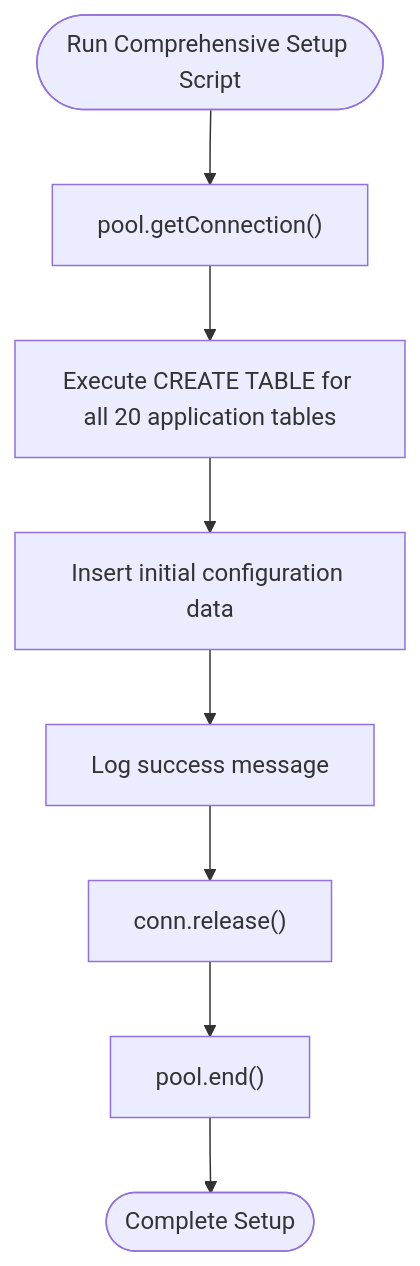
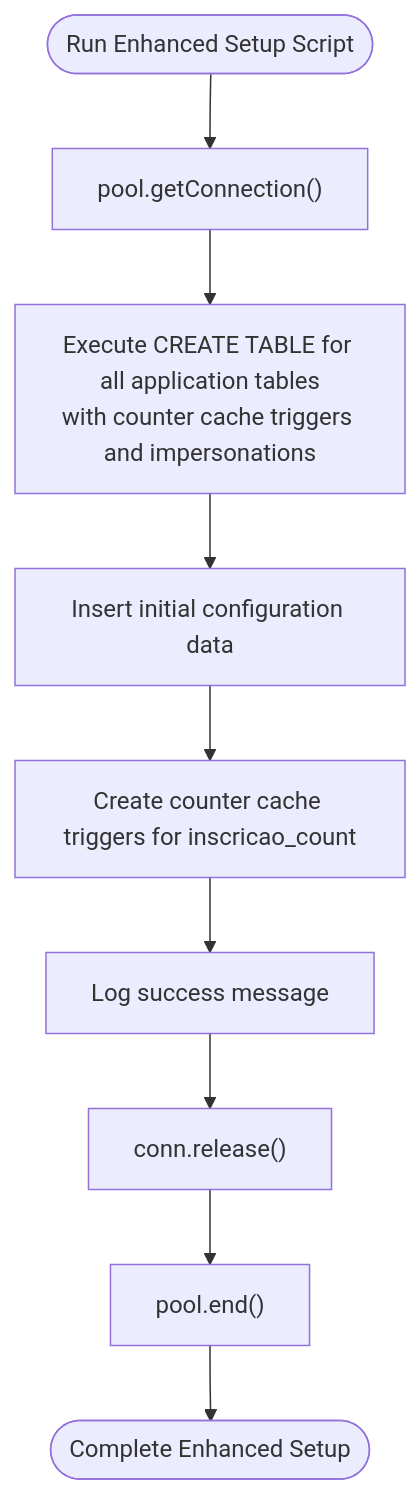
Before and after one commit to luiseduacosta/nodemural: the sixth of 7 diagrams in .qoder/repowiki/en/content/Data Models & Database Design/Database Architecture & Connection Management/Database Architecture & Connection Management.md, drawn with Mermaid. The commit also changed other lines of this file and 16 other files, not shown here.

````diff
--- a/.qoder/repowiki/en/content/Data Models & Database Design/Database Architecture & Connection Management/Database Architecture & Connection Management.md
+++ b/.qoder/repowiki/en/content/Data Models & Database Design/Database Architecture & Connection Management/Database Architecture & Connection Management.md
@@ -353,10 +397,11 @@
 ```mermaid
 flowchart TD
-InitStart(["Run Comprehensive Setup Script"]) --> Connect["pool.getConnection()"]
-Connect --> ExecDDL["Execute CREATE TABLE for all 20 application tables"]
+InitStart(["Run Enhanced Setup Script"]) --> Connect["pool.getConnection()"]
+Connect --> ExecDDL["Execute CREATE TABLE for all application tables<br/>with counter cache triggers and impersonations"]
 ExecDDL --> InsertConfig["Insert initial configuration data"]
-InsertConfig --> LogSuccess["Log success message"]
+InsertConfig --> CreateTriggers["Create counter cache triggers for inscricao_count"]
+CreateTriggers --> LogSuccess["Log success message"]
 LogSuccess --> Release["conn.release()"]
 Release --> EndPool["pool.end()"]
-EndPool --> InitEnd(["Complete Setup"])
+EndPool --> InitEnd(["Complete Enhanced Setup"])
 ```
````
